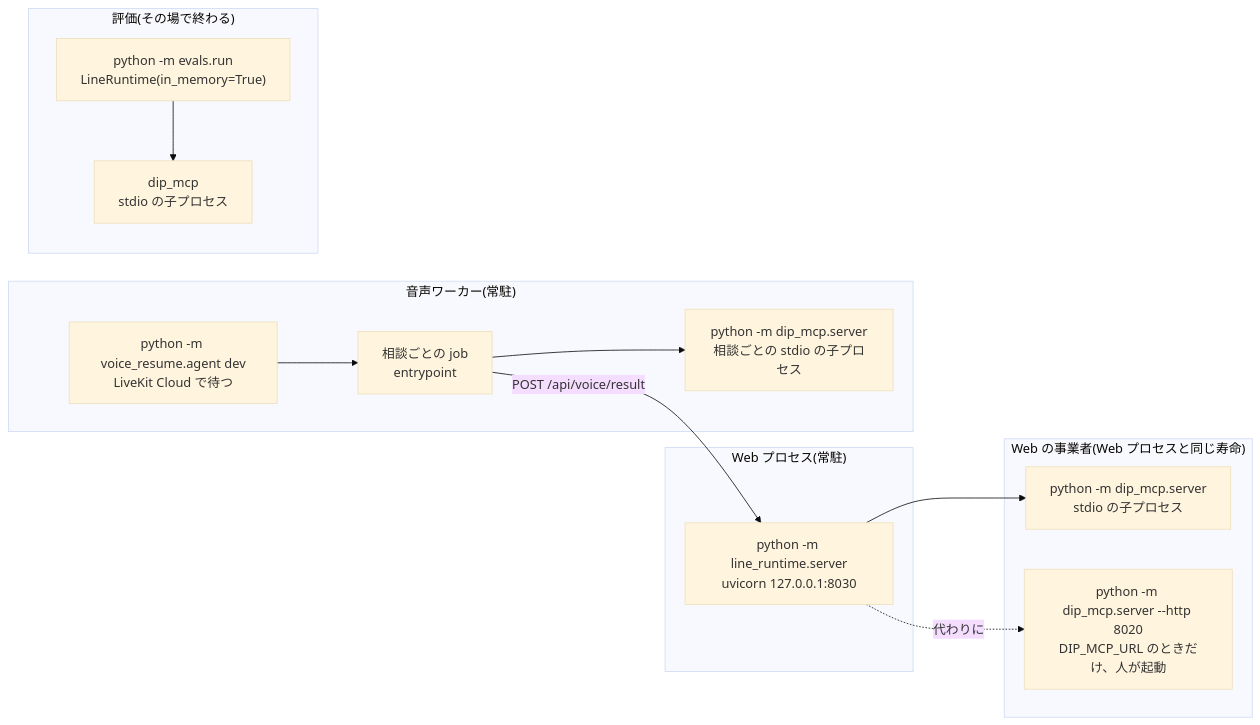
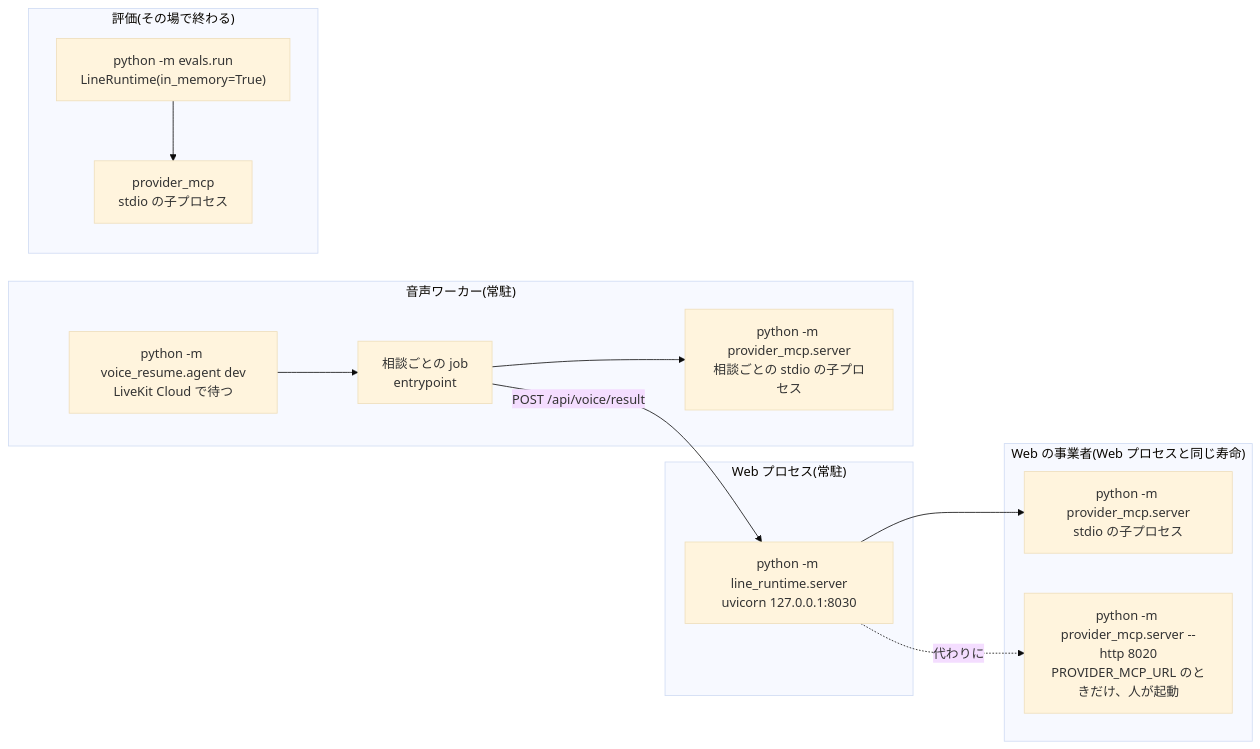
Before and after one commit to jyoka/aica: the fourth of 12 diagrams in docs/architecture/lld.md, drawn with Mermaid (base theme). The commit also changed other lines of this file and 389 other files, not shown here.

````diff
--- a/docs/architecture/lld.md
+++ b/docs/architecture/lld.md
@@ -555,24 +556,24 @@
 ```mermaid
 flowchart LR
     subgraph web["Web プロセス(常駐)"]
         app["python -m line_runtime.server<br/>uvicorn 127.0.0.1:8030"]
     end
-    subgraph webdip["Web の事業者(Web プロセスと同じ寿命)"]
-        dip1["python -m dip_mcp.server<br/>stdio の子プロセス"]
-        dip2["python -m dip_mcp.server --http 8020<br/>DIP_MCP_URL のときだけ、人が起動"]
+    subgraph webprovider["Web の事業者(Web プロセスと同じ寿命)"]
+        provider1["python -m provider_mcp.server<br/>stdio の子プロセス"]
+        provider2["python -m provider_mcp.server --http 8020<br/>PROVIDER_MCP_URL のときだけ、人が起動"]
     end
     subgraph worker["音声ワーカー(常駐)"]
         w["python -m voice_resume.agent dev<br/>LiveKit Cloud で待つ"]
         job["相談ごとの job<br/>entrypoint"]
-        dip3["python -m dip_mcp.server<br/>相談ごとの stdio の子プロセス"]
+        provider3["python -m provider_mcp.server<br/>相談ごとの stdio の子プロセス"]
     end
     subgraph evalp["評価(その場で終わる)"]
         ev["python -m evals.run<br/>LineRuntime(in_memory=True)"]
-        dip4["dip_mcp<br/>stdio の子プロセス"]
+        provider4["provider_mcp<br/>stdio の子プロセス"]
     end
-    app --> dip1
-    app -. "代わりに" .-> dip2
-    w --> job --> dip3
-    ev --> dip4
+    app --> provider1
+    app -. "代わりに" .-> provider2
+    w --> job --> provider3
+    ev --> provider4
     job -- "POST /api/voice/result" --> app
 ```
````
